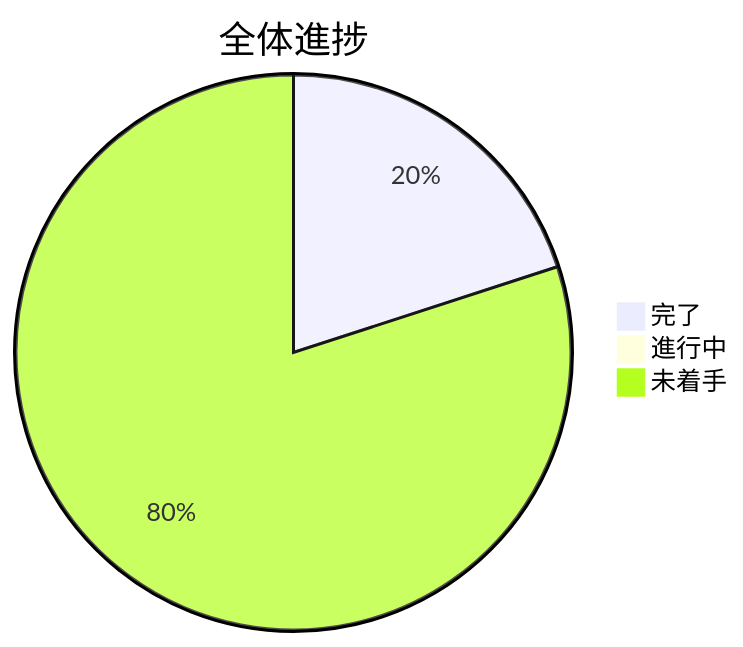
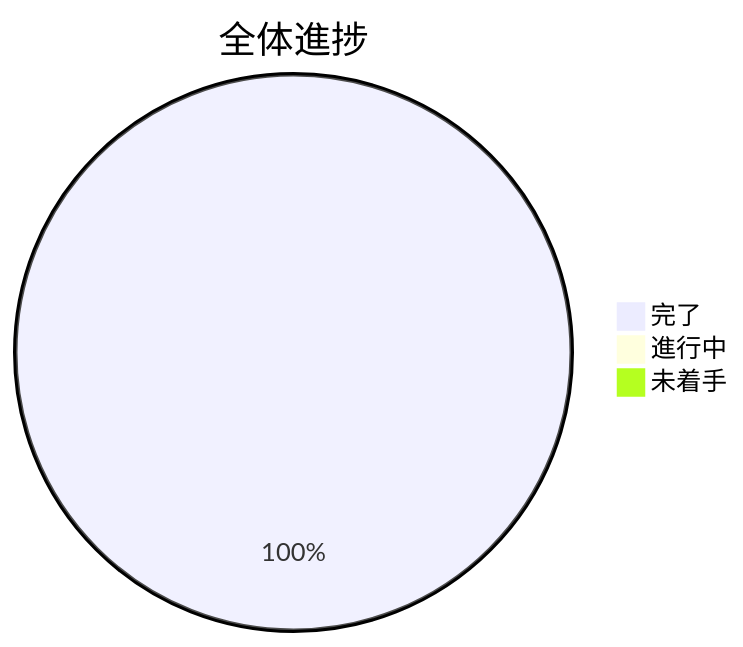
The diagram in docs/development/TODO.md (k2works/ai-programing-exercise), drawn with Mermaid before and after one commit. The commit also changed other lines of this file, not shown here.

````diff
--- a/docs/development/TODO.md
+++ b/docs/development/TODO.md
@@ -5,6 +5,6 @@
 ```mermaid
 pie title 全体進捗
-    "完了" : 20
+    "完了" : 100
     "進行中" : 0
-    "未着手" : 80
+    "未着手" : 0
 ```
````
